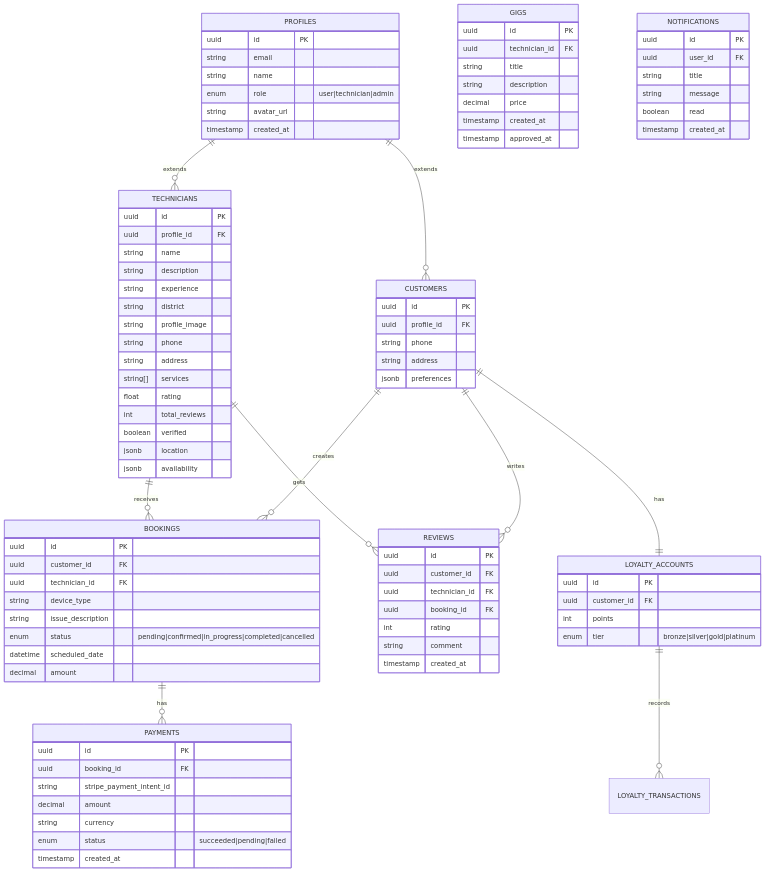
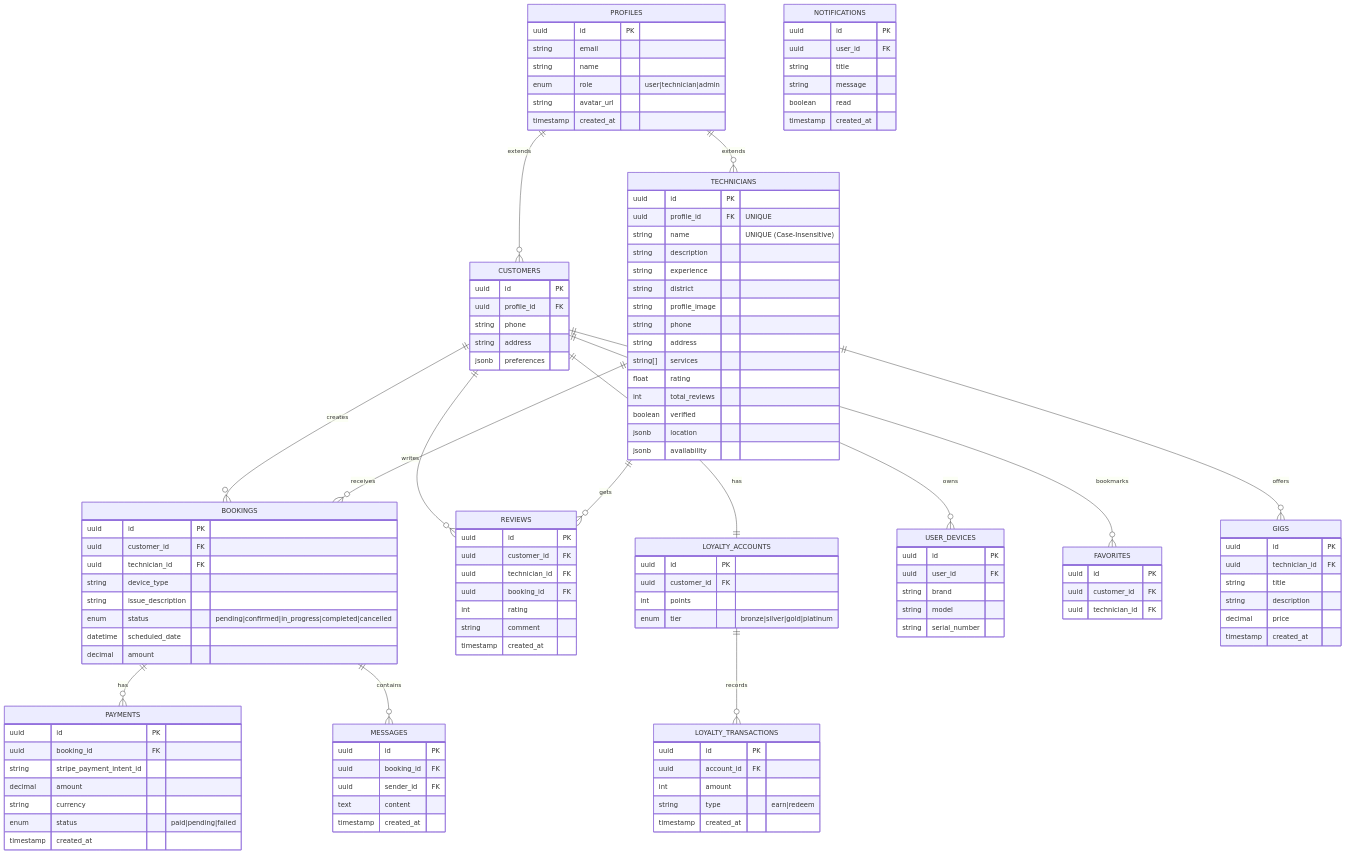
The third of 16 diagrams in README.md (Irchika774/Tech-Care_official), drawn with Mermaid before and after one commit. The commit also changed other lines of this file and 17 other files, not shown here.

````diff
--- a/README.md
+++ b/README.md
@@ -169,6 +169,8 @@
     CUSTOMERS ||--o{ BOOKINGS : "creates"
     CUSTOMERS ||--o{ REVIEWS : "writes"
     CUSTOMERS ||--|| LOYALTY_ACCOUNTS : "has"
+    CUSTOMERS ||--o{ USER_DEVICES : "owns"
+    CUSTOMERS ||--o{ FAVORITES : "bookmarks"
     CUSTOMERS {
         uuid id PK
         uuid profile_id FK
@@ -179,10 +181,11 @@
     
     TECHNICIANS ||--o{ BOOKINGS : "receives"
     TECHNICIANS ||--o{ REVIEWS : "gets"
+    TECHNICIANS ||--o{ GIGS : "offers"
     TECHNICIANS {
         uuid id PK
-        uuid profile_id FK
-        string name
+        uuid profile_id FK "UNIQUE"
+        string name "UNIQUE (Case-Insensitive)"
         string description
         string experience
         string district
@@ -198,6 +201,7 @@
     }
     
     BOOKINGS ||--o{ PAYMENTS : "has"
+    BOOKINGS ||--o{ MESSAGES : "contains"
     BOOKINGS {
         uuid id PK
         uuid customer_id FK
@@ -225,7 +229,7 @@
         string stripe_payment_intent_id
         decimal amount
         string currency
-        enum status "succeeded|pending|failed"
+        enum status "paid|pending|failed"
         timestamp created_at
     }
     
@@ -236,7 +240,6 @@
         string description
         decimal price
         timestamp created_at
-        timestamp approved_at
     }
     
     LOYALTY_ACCOUNTS ||--o{ LOYALTY_TRANSACTIONS : "records"
@@ -245,6 +248,14 @@
         uuid customer_id FK
         int points
         enum tier "bronze|silver|gold|platinum"
+    }
+
+    LOYALTY_TRANSACTIONS {
+        uuid id PK
+        uuid account_id FK
+        int amount
+        string type "earn|redeem"
+        timestamp created_at
     }
     
     NOTIFICATIONS {
@@ -255,4 +266,26 @@
         boolean read
         timestamp created_at
     }
+
+    USER_DEVICES {
+        uuid id PK
+        uuid user_id FK
+        string brand
+        string model
+        string serial_number
+    }
+
+    FAVORITES {
+        uuid id PK
+        uuid customer_id FK
+        uuid technician_id FK
+    }
+
+    MESSAGES {
+        uuid id PK
+        uuid booking_id FK
+        uuid sender_id FK
+        text content
+        timestamp created_at
+    }
 ```
````
